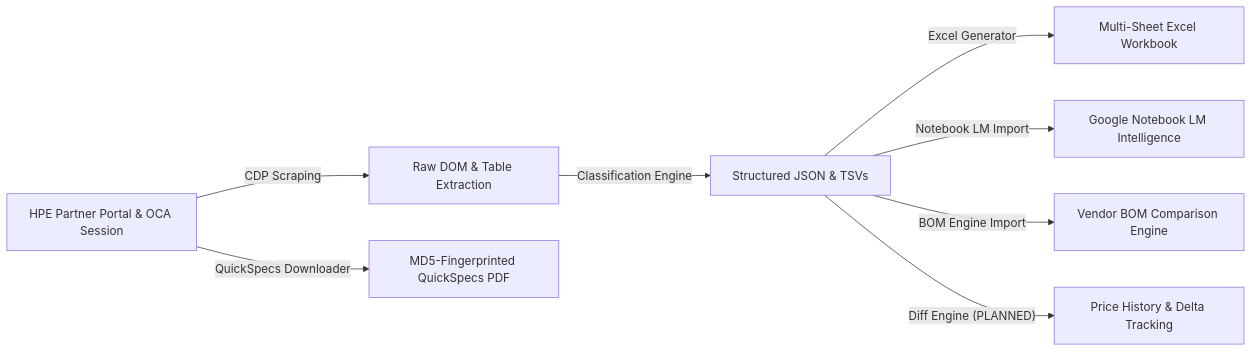
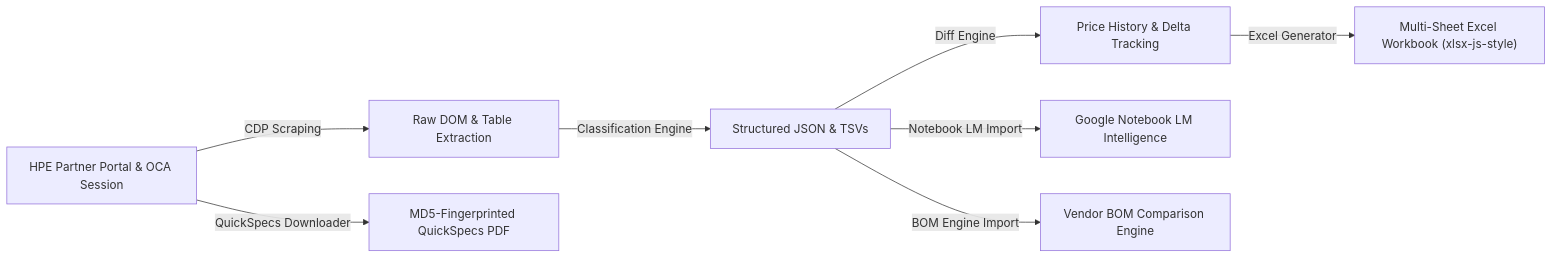
Before and after one commit to vinodhsubramanian123/vendorscrappingtoexcel: the first of 2 diagrams in README.md, drawn with Mermaid. The commit also changed other lines of this file and 2 other files, not shown here.

Commit message:
Update documentation, SKILL.md, AGENTS.md, and README.md with production active features and diagrams

````diff
--- a/README.md
+++ b/README.md
@@ -36,10 +38,10 @@
 ```mermaid
 graph LR
     A["HPE Partner Portal & OCA Session"] -->|"CDP Scraping"| B["Raw DOM & Table Extraction"]
     B -->|"Classification Engine"| C["Structured JSON & TSVs"]
-    C -->|"Excel Generator"| D["Multi-Sheet Excel Workbook"]
+    C -->|"Diff Engine"| H["Price History & Delta Tracking"]
+    H -->|"Excel Generator"| D["Multi-Sheet Excel Workbook (xlsx-js-style)"]
     C -->|"Notebook LM Import"| E["Google Notebook LM Intelligence"]
     C -->|"BOM Engine Import"| F["Vendor BOM Comparison Engine"]
     A -->|"QuickSpecs Downloader"| G["MD5-Fingerprinted QuickSpecs PDF"]
-    C -->|"Diff Engine (PLANNED)"| H["Price History & Delta Tracking"]
 ```
````
